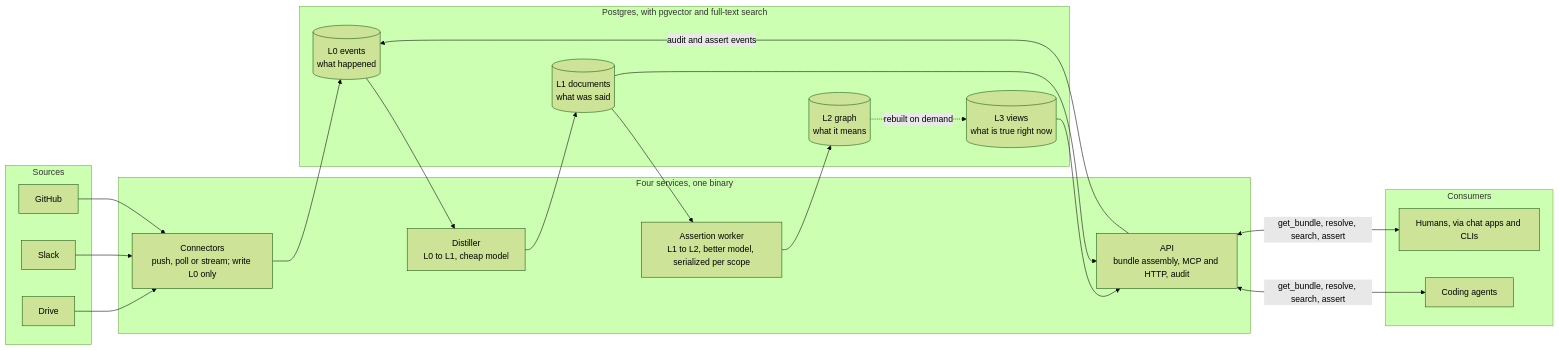
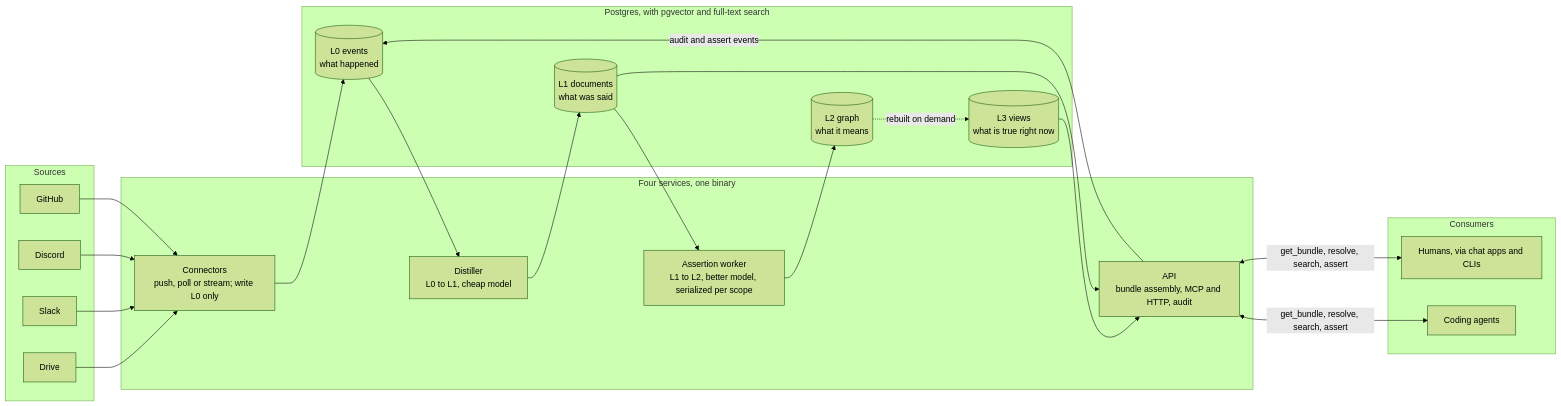
Before and after one commit to kpenfound/hearsay: the diagram in README.md, drawn with Mermaid (forest theme). The commit also changed 7 other files, not shown here.

````diff
--- a/README.md
+++ b/README.md
@@ -28,37 +28,38 @@
 ```mermaid
 flowchart LR
     subgraph sources["Sources"]
         GH["GitHub"]
+        Discord["Discord"]
         Slack["Slack"]
         Drive["Drive"]
     end
 
     subgraph services["Four services, one binary"]
         C["Connectors<br/>push, poll or stream; write L0 only"]
         D["Distiller<br/>L0 to L1, cheap model"]
         A["Assertion worker<br/>L1 to L2, better model, serialized per scope"]
         API["API<br/>bundle assembly, MCP and HTTP, audit"]
     end
 
     subgraph pg["Postgres, with pgvector and full-text search"]
         L0[("L0 events<br/>what happened")]
         L1[("L1 documents<br/>what was said")]
         L2[("L2 graph<br/>what it means")]
         L3[("L3 views<br/>what is true right now")]
     end
 
     subgraph consumers["Consumers"]
         Agent["Coding agents"]
         Human["Humans, via chat apps and CLIs"]
     end
 
-    GH & Slack & Drive --> C
+    GH & Discord & Slack & Drive --> C
     C --> L0
     L0 --> D --> L1
     L1 --> A --> L2
     L2 -. "rebuilt on demand" .-> L3
     L3 --> API
     L1 --> API
     API -- "audit and assert events" --> L0
     API <-- "get_bundle, resolve, search, assert" --> Agent & Human
 ```
````
